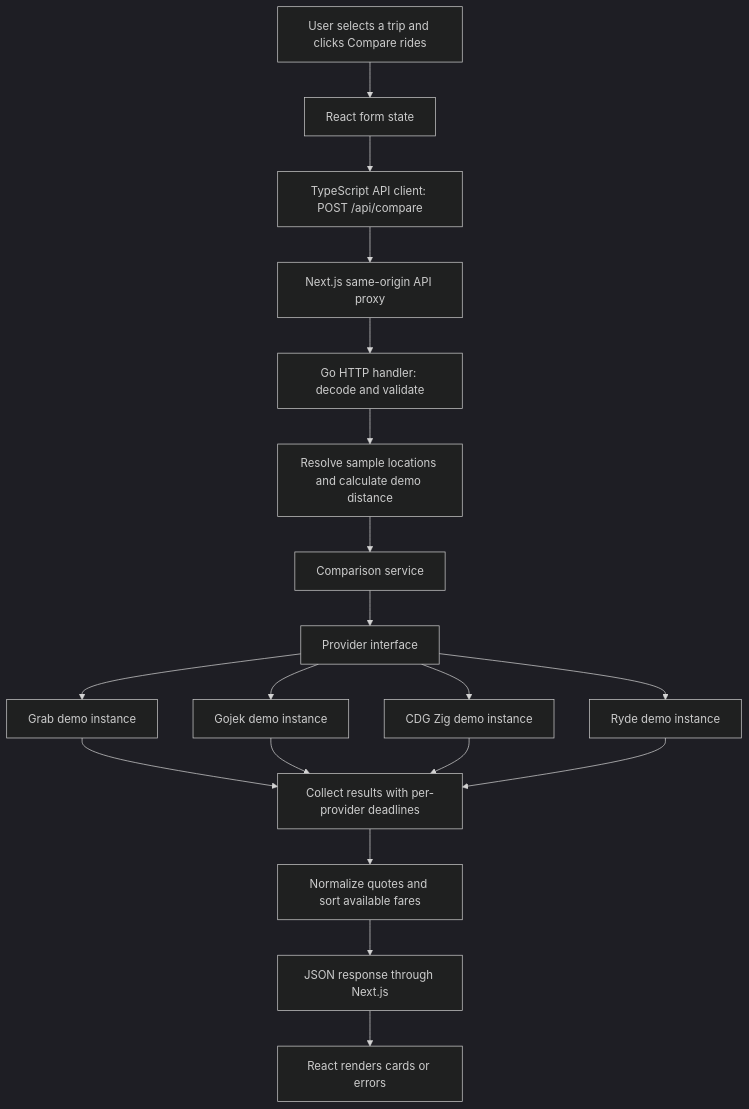
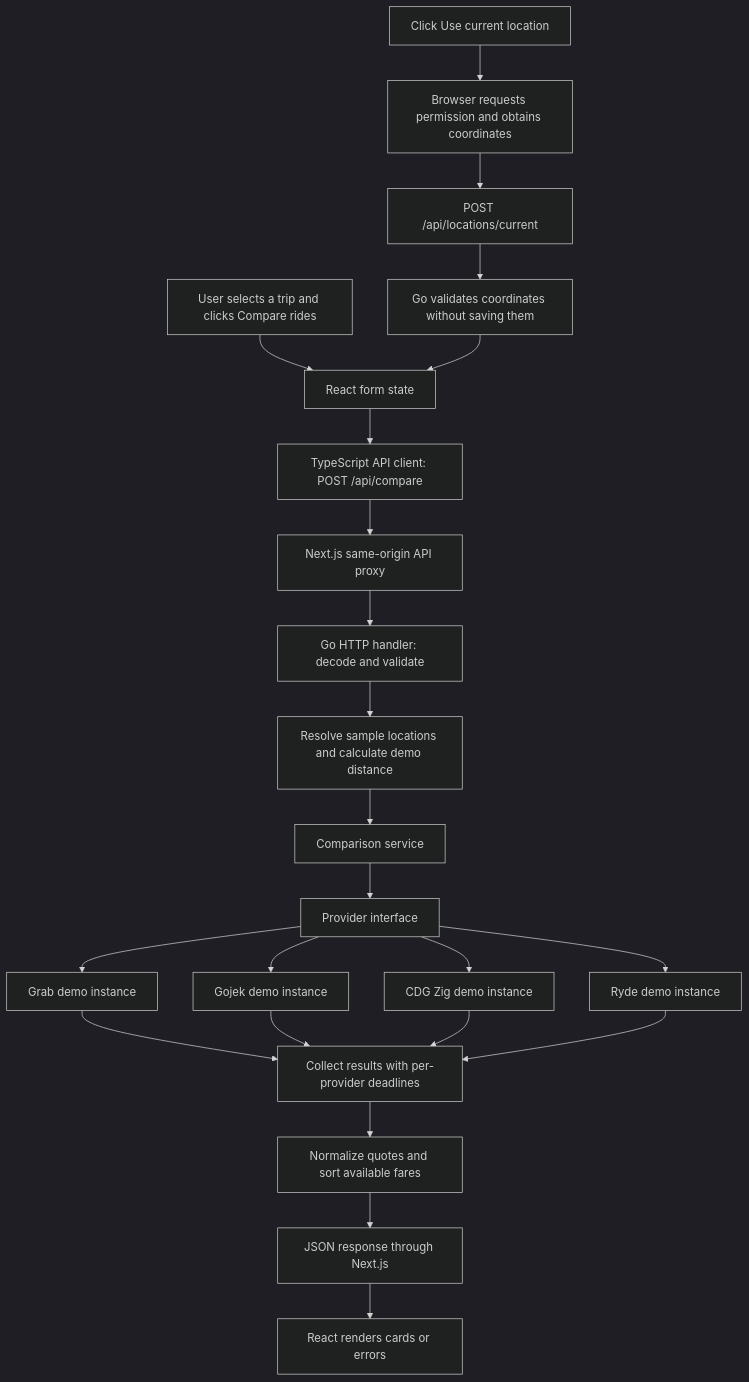
One commit to Raghaaavvv/farewise changed the diagram in README.md. Above: the diagram before and after it, drawn with Mermaid (dark theme). The commit also changed other lines of this file and 18 other files, not shown here.

Commit message:
Add permission-based current location pickup with coordinate validation and tests

````diff
--- a/README.md
+++ b/README.md
@@ -48,21 +49,25 @@
 ```mermaid
 flowchart TD
     A[User selects a trip and clicks Compare rides] --> B[React form state]
     B --> C[TypeScript API client: POST /api/compare]
     C --> D[Next.js same-origin API proxy]
     D --> E[Go HTTP handler: decode and validate]
     E --> F[Resolve sample locations and calculate demo distance]
     F --> G[Comparison service]
     G --> H[Provider interface]
     H --> I[Grab demo instance]
     H --> J[Gojek demo instance]
     H --> K[CDG Zig demo instance]
     H --> L[Ryde demo instance]
     I --> M[Collect results with per-provider deadlines]
     J --> M
     K --> M
     L --> M
     M --> N[Normalize quotes and sort available fares]
     N --> O[JSON response through Next.js]
     O --> P[React renders cards or errors]
+    Q[Click Use current location] --> R[Browser requests permission and obtains coordinates]
+    R --> S[POST /api/locations/current]
+    S --> T[Go validates coordinates without saving them]
+    T --> B
 ```
````
